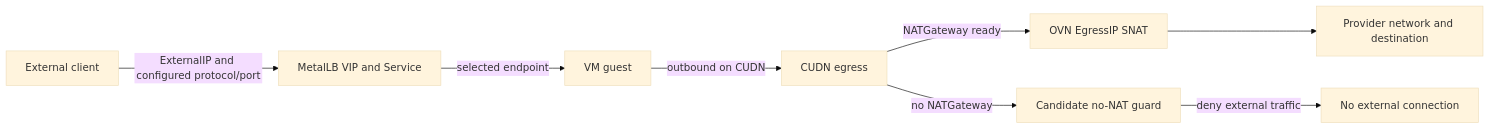
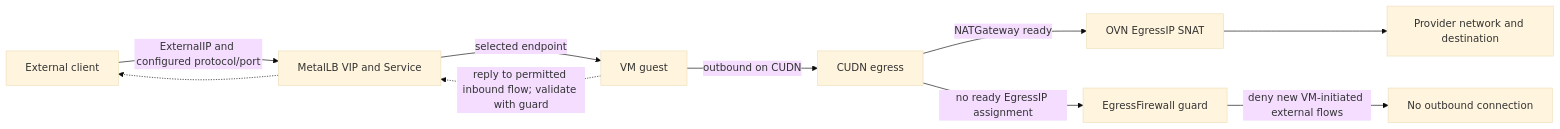
One commit to osac-project/enhancement-proposals changed the second of 2 diagrams in enhancements/OSAC-7436-kubernetes-only-k8s-manager-networking/design.md. Above: the diagram before and after it, drawn with Mermaid (base theme). The commit also changed other lines of this file and 5 other files, not shown here.

````diff
--- a/enhancements/OSAC-7436-kubernetes-only-k8s-manager-networking/design.md
+++ b/enhancements/OSAC-7436-kubernetes-only-k8s-manager-networking/design.md
@@ -73,10 +77,12 @@
 ```mermaid
 flowchart LR
   Client[External client] -->|ExternalIP and configured protocol/port| VIP[MetalLB VIP and Service]
   VIP -->|selected endpoint| Guest[VM guest]
+  Guest -.->|reply to permitted inbound flow; validate with guard| VIP
+  VIP -.-> Client
   Guest -->|outbound on CUDN| CUDN[CUDN egress]
   CUDN -->|NATGateway ready| EIP[OVN EgressIP SNAT]
   EIP --> Provider[Provider network and destination]
-  CUDN -->|no NATGateway| Guard[Candidate no-NAT guard]
-  Guard -->|deny external traffic| Blocked[No external connection]
+  CUDN -->|no ready EgressIP assignment| Guard[EgressFirewall guard]
+  Guard -->|deny new VM-initiated external flows| Blocked[No outbound connection]
 ```
````
